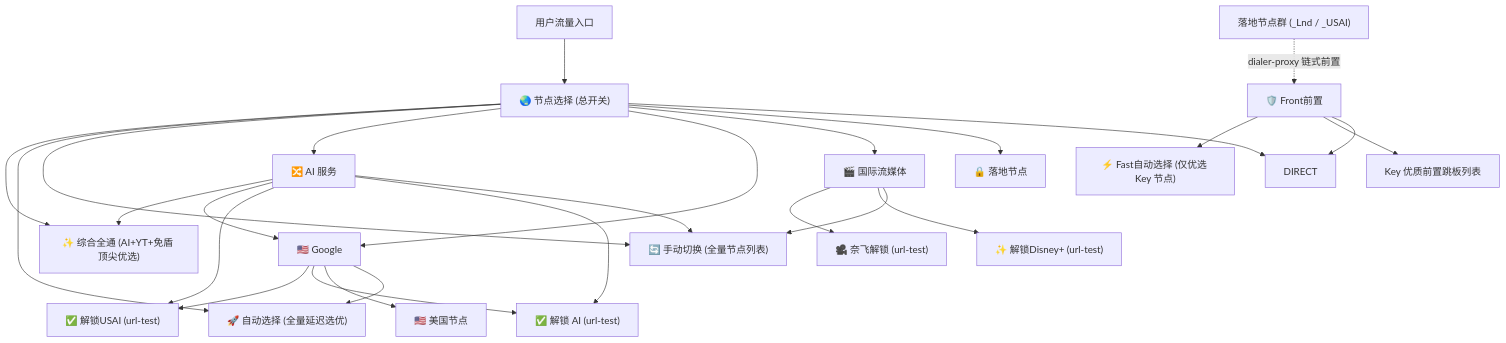
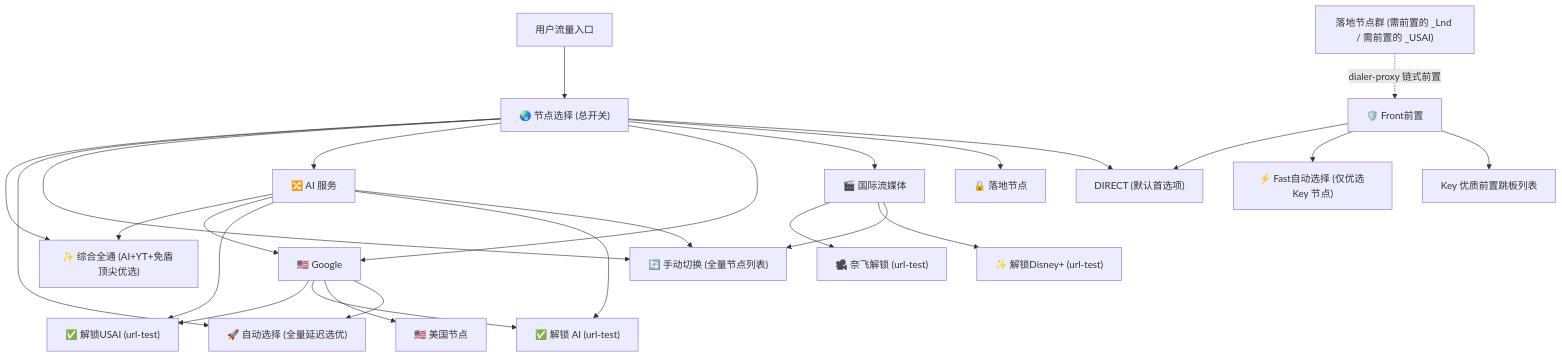
Before and after one commit to OUBIGFA/skills: the diagram in proxy-service-probe/references/config-rendering.md, drawn with Mermaid. The commit also changed other lines of this file and 33 other files, not shown here.

````diff
--- a/proxy-service-probe/references/config-rendering.md
+++ b/proxy-service-probe/references/config-rendering.md
@@ -11,33 +11,33 @@
 ```mermaid
 flowchart TD
     Inbound["用户流量入口"] --> NodeSelect["🌏️ 节点选择 (总开关)"]
     
     NodeSelect --> Sparkle["✨️ 综合全通 (AI+YT+免盾 顶尖优选)"]
     NodeSelect --> AutoSelect["🚀 自动选择 (全量延迟选优)"]
     NodeSelect --> ManualSelect["🔄 手动切换 (全量节点列表)"]
     NodeSelect --> AIService["🔀 AI 服务"]
     NodeSelect --> Google["🇺🇸 Google"]
     NodeSelect --> Streaming["🎬 国际流媒体"]
     NodeSelect --> LandingGroup["🔒️ 落地节点"]
     NodeSelect --> Direct["DIRECT"]
 
     AIService --> Sparkle
     AIService --> Google
     AIService --> USAI["✅ 解锁USAI (url-test)"]
     AIService --> AIUnlock["✅ 解锁 AI (url-test)"]
     AIService --> ManualSelect
 
     Google --> USAI
     Google --> AIUnlock
     Google --> USNodes["🇺🇸 美国节点"]
     Google --> AutoSelect
 
     Streaming --> NFUnlock["🎥 奈飞解锁 (url-test)"]
     Streaming --> DPUnlock["✨ 解锁Disney+ (url-test)"]
     Streaming --> ManualSelect
 
-    LandingNodes["落地节点群 (_Lnd / _USAI)"] -.->|dialer-proxy 链式前置| FrontGroup["🛡️ Front前置"]
+    LandingNodes["落地节点群 (需前置的 _Lnd / 需前置的 _USAI)"] -.->|dialer-proxy 链式前置| FrontGroup["🛡️ Front前置"]
+    FrontGroup --> Direct["DIRECT (默认首选项)"]
     FrontGroup --> FastSelect["⚡ Fast自动选择 (仅优选 Key 节点)"]
     FrontGroup --> KeyNodes["Key 优质前置跳板列表"]
-    FrontGroup --> Direct
 ```
````
